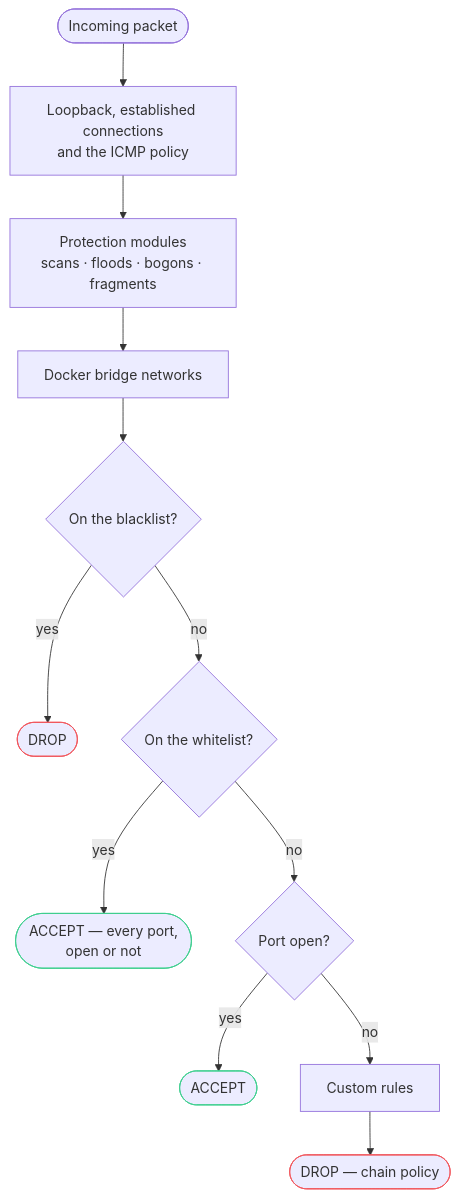
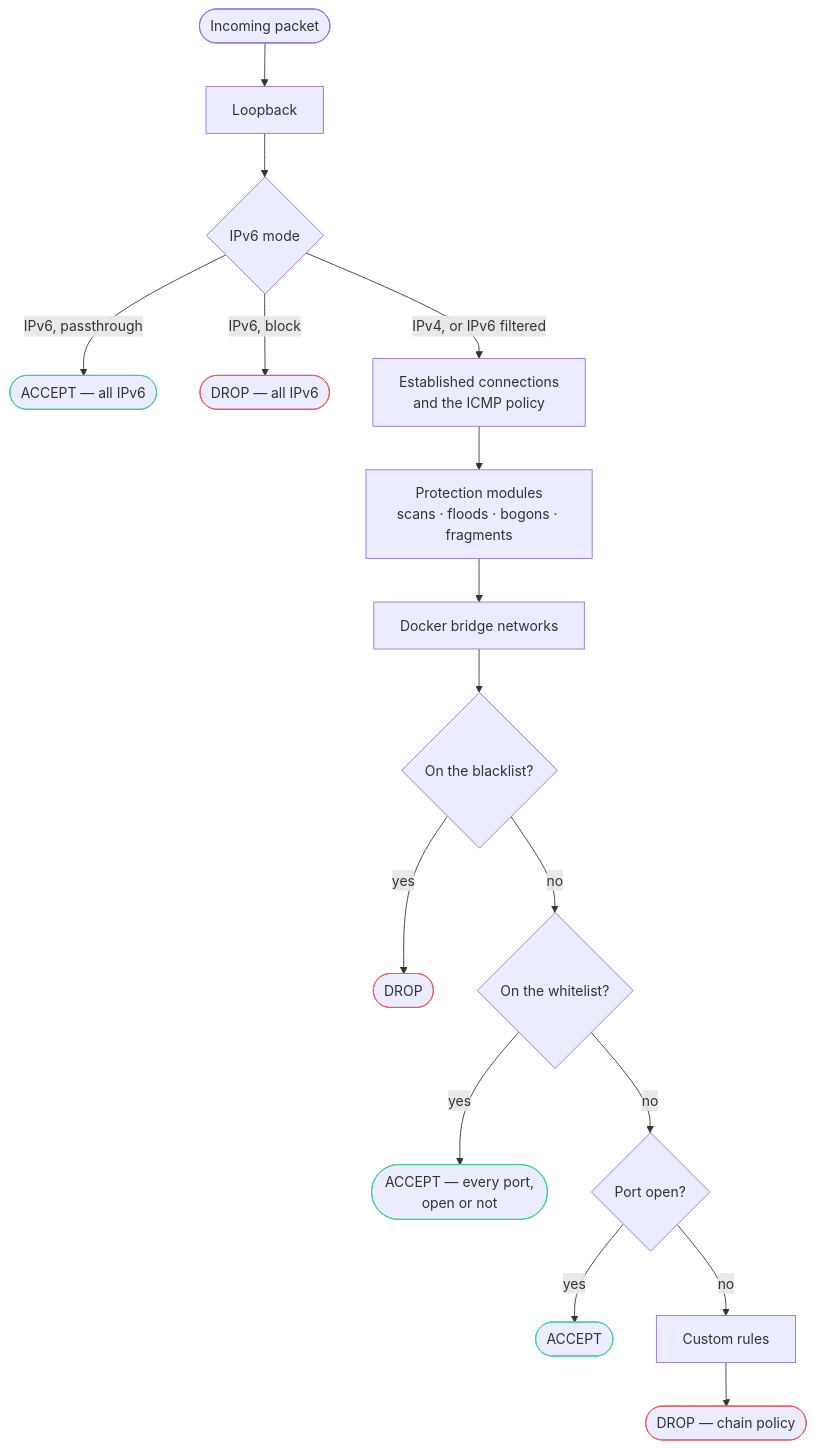
Before and after one commit to jp1337/easywall: the diagram in docs/_diagrams/rule-order.mmd, drawn with Mermaid. The commit also changed 12 other files, not shown here.

```diff
--- a/docs/_diagrams/rule-order.mmd
+++ b/docs/_diagrams/rule-order.mmd
@@ -1,17 +1,23 @@
 flowchart TD
-  P(["Incoming packet"]) --> H["Loopback, established connections<br/>and the ICMP policy"]
+  P(["Incoming packet"]) --> L["Loopback"]
+  L --> V{"IPv6 mode"}
+  V -->|"IPv6, passthrough"| A1(["ACCEPT — all IPv6"])
+  V -->|"IPv6, block"| X0(["DROP — all IPv6"])
+  V -->|"IPv4, or IPv6 filtered"| H["Established connections<br/>and the ICMP policy"]
   H --> M["Protection modules<br/>scans · floods · bogons · fragments"]
   M --> D["Docker bridge networks"]
   D --> B{"On the blacklist?"}
   B -->|yes| X1(["DROP"])
   B -->|no| W{"On the whitelist?"}
   W -->|yes| A3(["ACCEPT — every port,<br/>open or not"])
   W -->|no| O{"Port open?"}
   O -->|yes| A4(["ACCEPT"])
   O -->|no| C["Custom rules"]
   C --> X2(["DROP — chain policy"])
 
+  style X0 stroke:#f2555a
   style X1 stroke:#f2555a
   style X2 stroke:#f2555a
+  style A1 stroke:#3ecf8e
   style A3 stroke:#3ecf8e
   style A4 stroke:#3ecf8e
```
